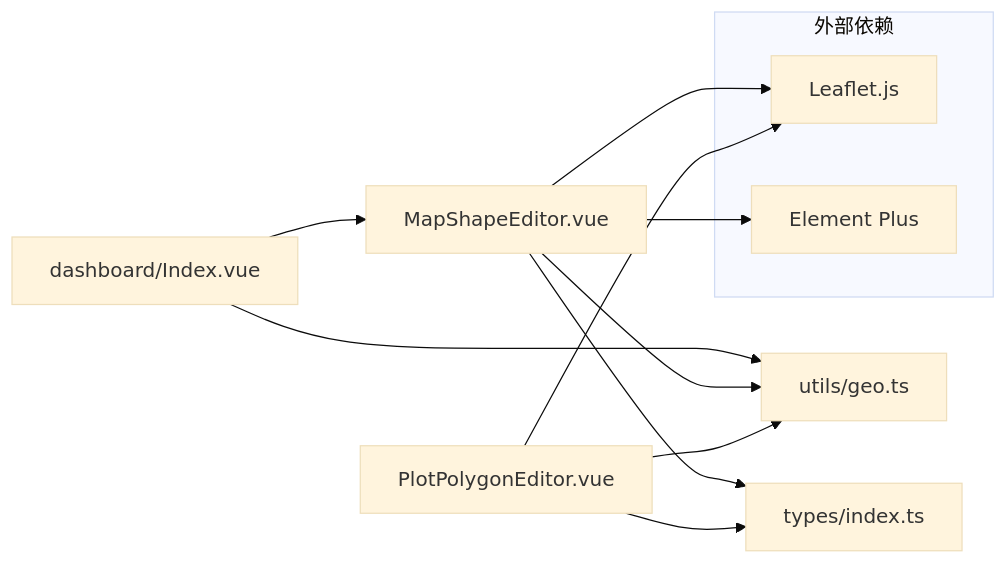
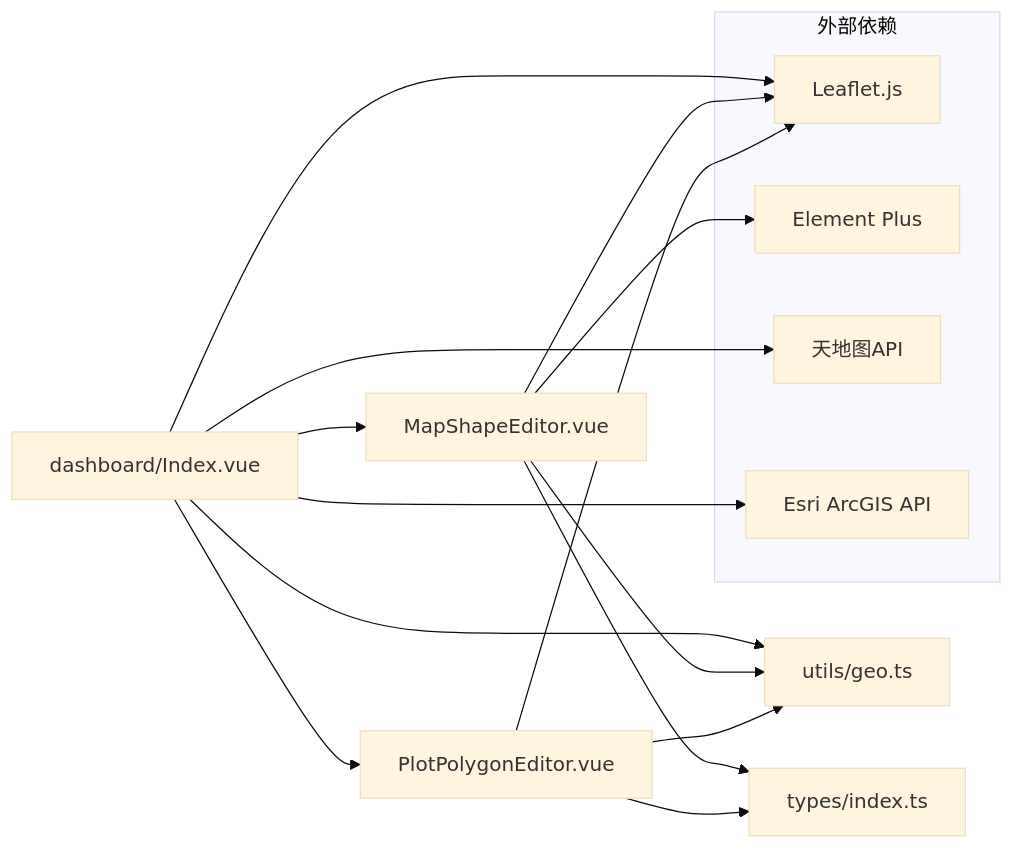
Before and after one commit to q446328246/agri-platform: the sixth of 6 diagrams in .qoder/repowiki/zh/content/前端应用文档/地图可视化.md, drawn with Mermaid (base theme). The commit also changed other lines of this file and 3 other files, not shown here.

Commit message:
docs: 同步 repowiki 知识库（底图增强后自动重生成）

````diff
--- a/.qoder/repowiki/zh/content/前端应用文档/地图可视化.md
+++ b/.qoder/repowiki/zh/content/前端应用文档/地图可视化.md
@@ -237,16 +293,22 @@
 ```mermaid
 graph LR
 Dashboard["dashboard/Index.vue"] --> ShapeEditor["MapShapeEditor.vue"]
+Dashboard --> PolygonEditor["PlotPolygonEditor.vue"]
 Dashboard --> GeoUtils["utils/geo.ts"]
 ShapeEditor --> GeoUtils
 ShapeEditor --> Types["types/index.ts"]
-PolygonEditor["PlotPolygonEditor.vue"] --> GeoUtils
+PolygonEditor --> GeoUtils
 PolygonEditor --> Types
 subgraph "外部依赖"
 Leaflet["Leaflet.js"]
 ElementPlus["Element Plus"]
+TianDiTu["天地图API"]
+Esri["Esri ArcGIS API"]
 end
+Dashboard --> Leaflet
 ShapeEditor --> Leaflet
 PolygonEditor --> Leaflet
+Dashboard --> TianDiTu
+Dashboard --> Esri
 ShapeEditor --> ElementPlus
 ```
````
